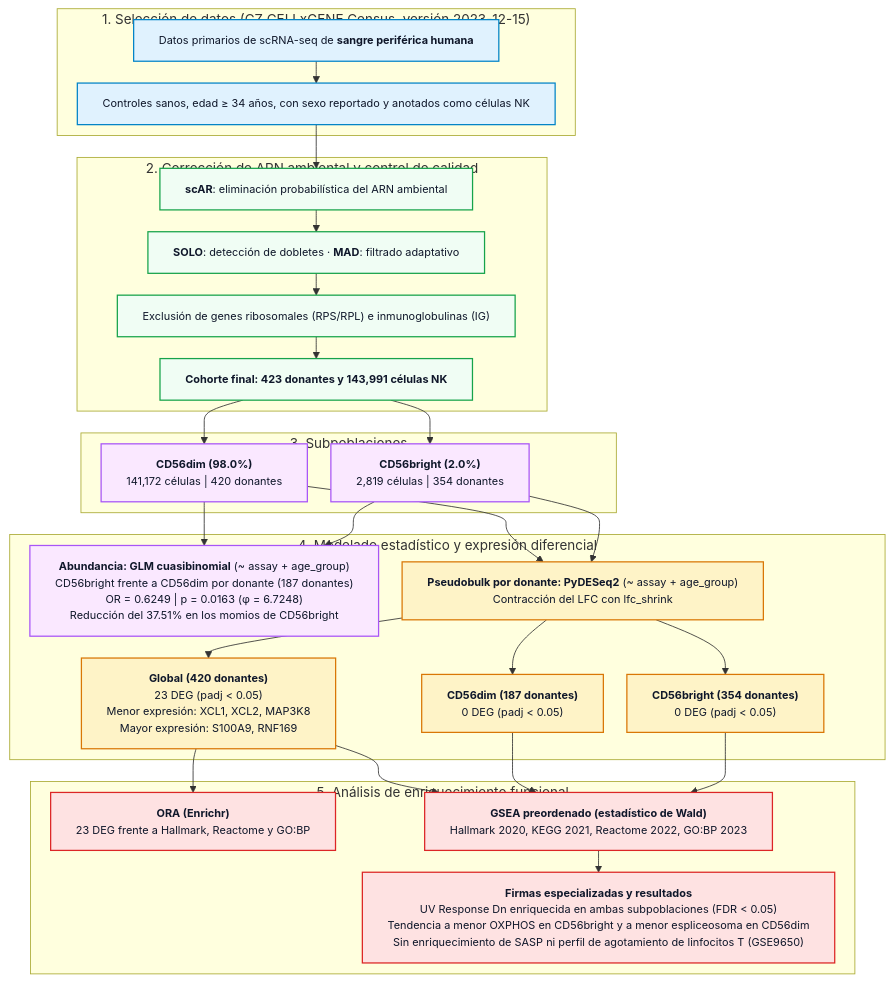
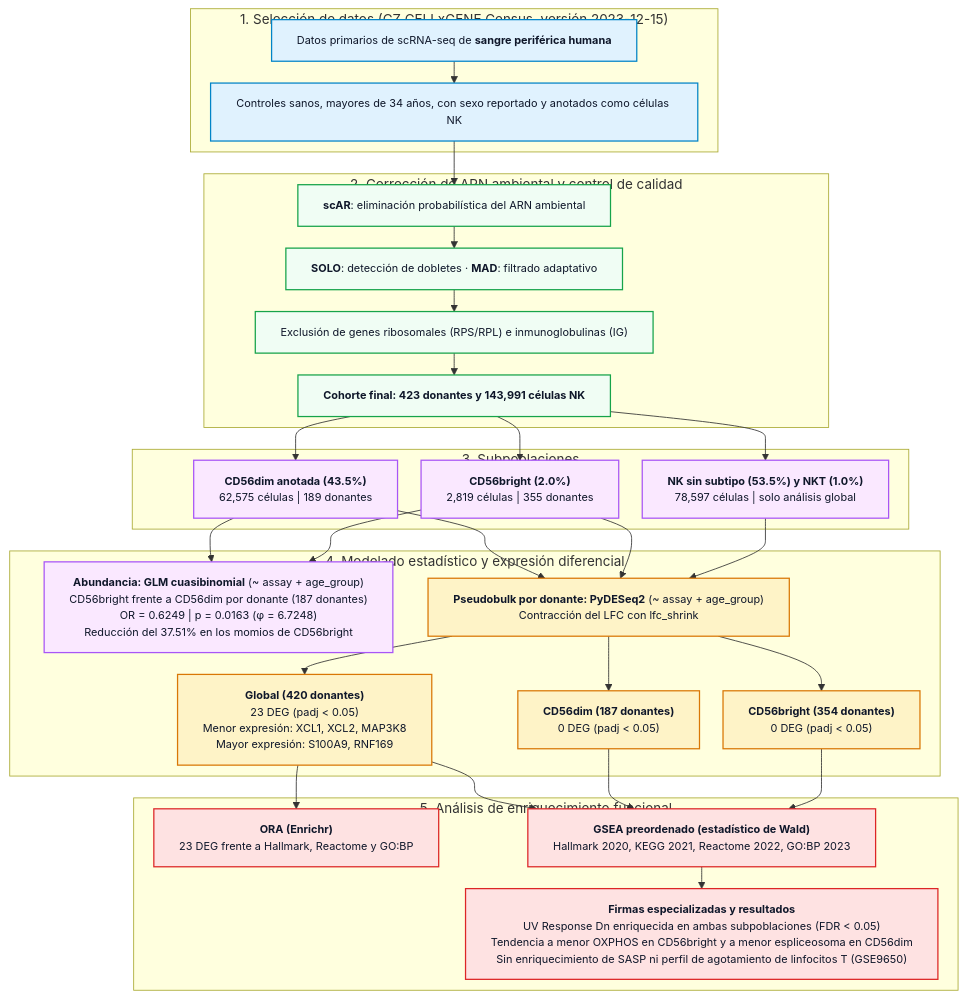
Before and after one commit to Alfred3005/NK_main_branch: the diagram in docs/figura2_flujo_metodologico.mmd, drawn with Mermaid. The commit also changed 44 other files, not shown here.

```diff
--- a/docs/figura2_flujo_metodologico.mmd
+++ b/docs/figura2_flujo_metodologico.mmd
@@ -1,38 +1,39 @@
 %%{init: {"flowchart": {"wrappingWidth": 520, "nodeSpacing": 28, "rankSpacing": 26}}}%%
 graph TD
     %% Estilos de Nodos y Clases
     classDef procurement fill:#e0f2fe,stroke:#0284c7,stroke-width:1.5px,color:#0f172a,font-size:13px;
     classDef preprocessing fill:#f0fdf4,stroke:#16a34a,stroke-width:1.5px,color:#0f172a,font-size:13px;
     classDef pseudobulk fill:#fef3c7,stroke:#d97706,stroke-width:1.5px,color:#0f172a,font-size:13px;
     classDef abundance fill:#fae8ff,stroke:#a855f7,stroke-width:1.5px,color:#0f172a,font-size:13px;
     classDef functional fill:#fee2e2,stroke:#dc2626,stroke-width:1.5px,color:#0f172a,font-size:13px;
 
     subgraph SEC1 ["1. Selección de datos (CZ CELLxGENE Census, versión 2023-12-15)"]
-        A0["Datos primarios de scRNA-seq de <b>sangre periférica humana</b>"]:::procurement --> A["Controles sanos, edad ≥ 34 años, con sexo reportado y anotados como células NK"]:::procurement
+        A0["Datos primarios de scRNA-seq de <b>sangre periférica humana</b>"]:::procurement --> A["Controles sanos, mayores de 34 años, con sexo reportado y anotados como células NK"]:::procurement
     end
 
     subgraph SEC2 ["2. Corrección de ARN ambiental y control de calidad"]
         A --> E["<b>scAR</b>: eliminación probabilística del ARN ambiental"]:::preprocessing
         E --> F["<b>SOLO</b>: detección de dobletes · <b>MAD</b>: filtrado adaptativo"]:::preprocessing
         F --> G["Exclusión de genes ribosomales (RPS/RPL) e inmunoglobulinas (IG)"]:::preprocessing
         G --> H["<b>Cohorte final: 423 donantes y 143,991 células NK</b>"]:::preprocessing
     end
 
     subgraph SEC3 ["3. Subpoblaciones"]
-        H --> I["<b>CD56dim (98.0%)</b><br>141,172 células | 420 donantes"]:::abundance
-        H --> J["<b>CD56bright (2.0%)</b><br>2,819 células | 354 donantes"]:::abundance
+        H --> I["<b>CD56dim anotada (43.5%)</b><br>62,575 células | 189 donantes"]:::abundance
+        H --> J["<b>CD56bright (2.0%)</b><br>2,819 células | 355 donantes"]:::abundance
+        H --> X["<b>NK sin subtipo (53.5%) y NKT (1.0%)</b><br>78,597 células | solo análisis global"]:::abundance
     end
 
     subgraph SEC4 ["4. Modelado estadístico y expresión diferencial"]
         I & J --> K["<b>Abundancia: GLM cuasibinomial</b> (~ assay + age_group)<br>CD56bright frente a CD56dim por donante (187 donantes)<br>OR = 0.6249 | p = 0.0163 (φ = 6.7248)<br>Reducción del 37.51% en los momios de CD56bright"]:::abundance
-        I & J --> L["<b>Pseudobulk por donante: PyDESeq2</b> (~ assay + age_group)<br>Contracción del LFC con lfc_shrink"]:::pseudobulk
+        I & J & X --> L["<b>Pseudobulk por donante: PyDESeq2</b> (~ assay + age_group)<br>Contracción del LFC con lfc_shrink"]:::pseudobulk
         L --> M["<b>Global (420 donantes)</b><br>23 DEG (padj < 0.05)<br>Menor expresión: XCL1, XCL2, MAP3K8<br>Mayor expresión: S100A9, RNF169"]:::pseudobulk
         L --> N["<b>CD56dim (187 donantes)</b><br>0 DEG (padj < 0.05)"]:::pseudobulk
         L --> O["<b>CD56bright (354 donantes)</b><br>0 DEG (padj < 0.05)"]:::pseudobulk
     end
 
     subgraph SEC5 ["5. Análisis de enriquecimiento funcional"]
         M --> P["<b>ORA (Enrichr)</b><br>23 DEG frente a Hallmark, Reactome y GO:BP"]:::functional
         M & N & O --> Q["<b>GSEA preordenado (estadístico de Wald)</b><br>Hallmark 2020, KEGG 2021, Reactome 2022, GO:BP 2023"]:::functional
         Q --> R["<b>Firmas especializadas y resultados</b><br>UV Response Dn enriquecida en ambas subpoblaciones (FDR < 0.05)<br>Tendencia a menor OXPHOS en CD56bright y a menor espliceosoma en CD56dim<br>Sin enriquecimiento de SASP ni perfil de agotamiento de linfocitos T (GSE9650)"]:::functional
     end
```
